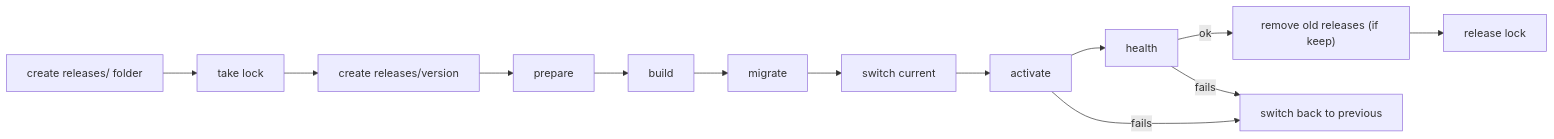
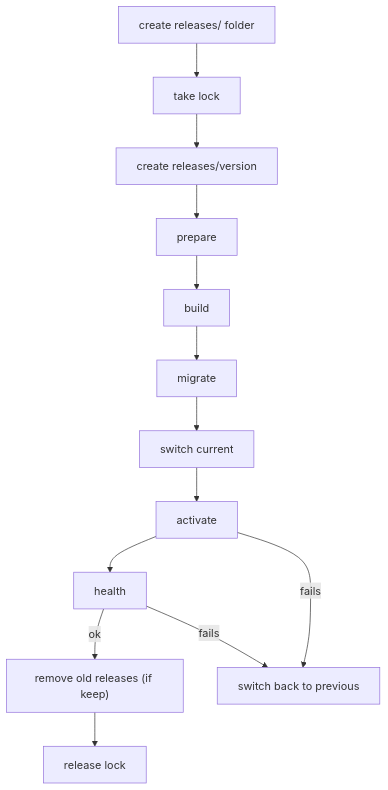
The second of 2 diagrams in docs/directory-releases.md (inou/nrgize-rs), drawn with Mermaid before and after one commit. The commit also changed 12 other files, not shown here.

````diff
--- a/docs/directory-releases.md
+++ b/docs/directory-releases.md
@@ -88,7 +88,7 @@
 ```mermaid
-flowchart LR
+flowchart TD
     folder["create releases/ folder"] --> lock["take lock"] --> create["create releases/version"] --> prepare --> build --> migrate --> switch["switch current"] --> activate --> health
     health -->|ok| prune["remove old releases (if keep)"] --> unlock["release lock"]
     health -->|fails| back["switch back to previous"]
     activate -->|fails| back
 ```
````
